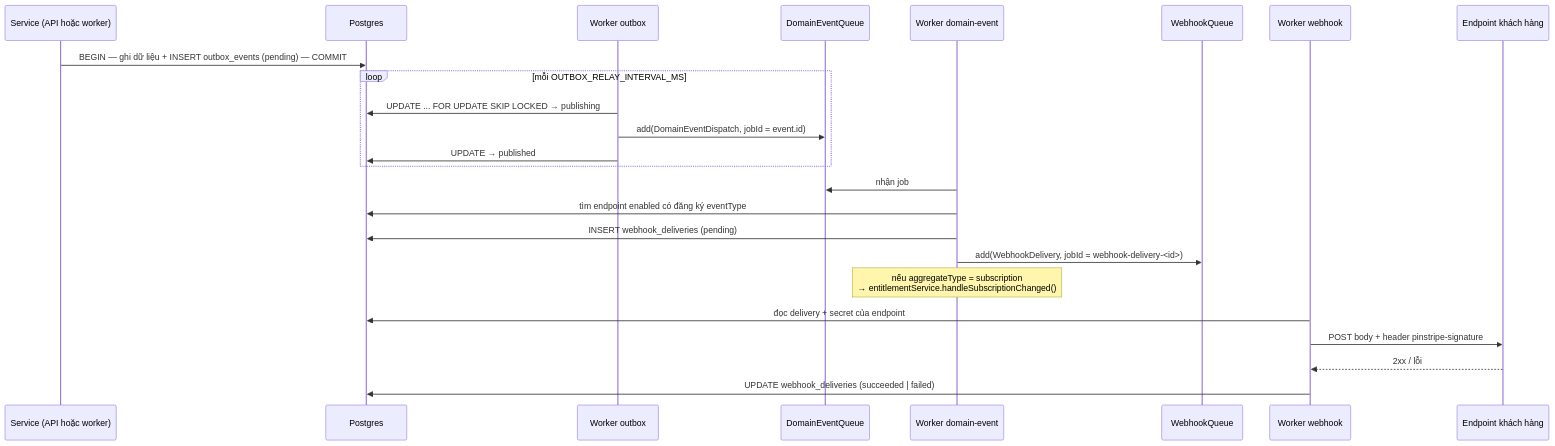
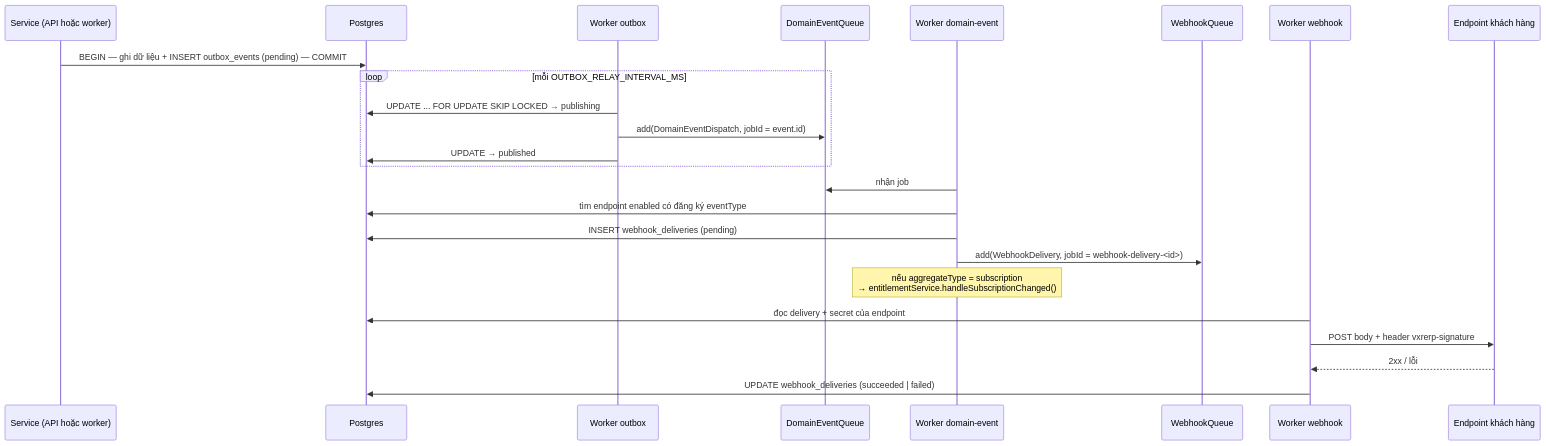
The diagram in docs/flows/02-event-pipeline.md (anhquang296/pinstripe), drawn with Mermaid before and after one commit. The commit also changed other lines of this file and 797 other files, not shown here.

````diff
--- a/docs/flows/02-event-pipeline.md
+++ b/docs/flows/02-event-pipeline.md
@@ -12,27 +12,27 @@
 ```mermaid
 sequenceDiagram
     participant S as Service (API hoặc worker)
     participant PG as Postgres
     participant OW as Worker outbox
     participant DQ as DomainEventQueue
     participant EW as Worker domain-event
     participant WQ as WebhookQueue
     participant WW as Worker webhook
     participant EP as Endpoint khách hàng
 
     S->>PG: BEGIN — ghi dữ liệu + INSERT outbox_events (pending) — COMMIT
     loop mỗi OUTBOX_RELAY_INTERVAL_MS
         OW->>PG: UPDATE ... FOR UPDATE SKIP LOCKED → publishing
         OW->>DQ: add(DomainEventDispatch, jobId = event.id)
         OW->>PG: UPDATE → published
     end
     EW->>DQ: nhận job
     EW->>PG: tìm endpoint enabled có đăng ký eventType
     EW->>PG: INSERT webhook_deliveries (pending)
     EW->>WQ: add(WebhookDelivery, jobId = webhook-delivery-<id>)
     Note over EW: nếu aggregateType = subscription<br/>→ entitlementService.handleSubscriptionChanged()
     WW->>PG: đọc delivery + secret của endpoint
-    WW->>EP: POST body + header pinstripe-signature
+    WW->>EP: POST body + header vxrerp-signature
     EP-->>WW: 2xx / lỗi
     WW->>PG: UPDATE webhook_deliveries (succeeded | failed)
 ```
````
